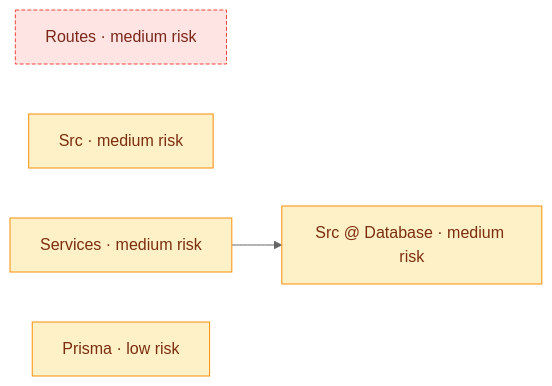
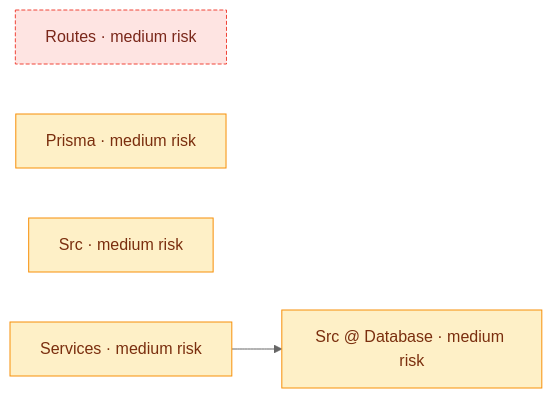
One commit to maxgfr/ultraview changed the diagram in tests/__snapshots__/shop.diff.md. Above: the diagram before and after it, drawn with Mermaid (neutral theme). The commit also changed other lines of this file and 16 other files, not shown here.

````diff
--- a/tests/__snapshots__/shop.diff.md
+++ b/tests/__snapshots__/shop.diff.md
@@ -27,13 +27,13 @@
 ```mermaid
 flowchart LR
   mod_src_routes["Routes · medium risk"]
+  mod_prisma["Prisma · medium risk"]
   mod_src["Src · medium risk"]
   mod_src_services["Services · medium risk"]
   mod_src_database["Src @ Database · medium risk"]
-  mod_prisma["Prisma · low risk"]
   mod_src_services --> mod_src_database
   classDef changed fill:#fef0c7,stroke:#f79009,color:#7a2e0e
-  class mod_src,mod_src_services,mod_src_database,mod_prisma changed
+  class mod_prisma,mod_src,mod_src_services,mod_src_database changed
   classDef removed fill:#fee4e2,stroke:#f04438,color:#7a271a,stroke-dasharray:4 2
   class mod_src_routes removed
 ```
````
